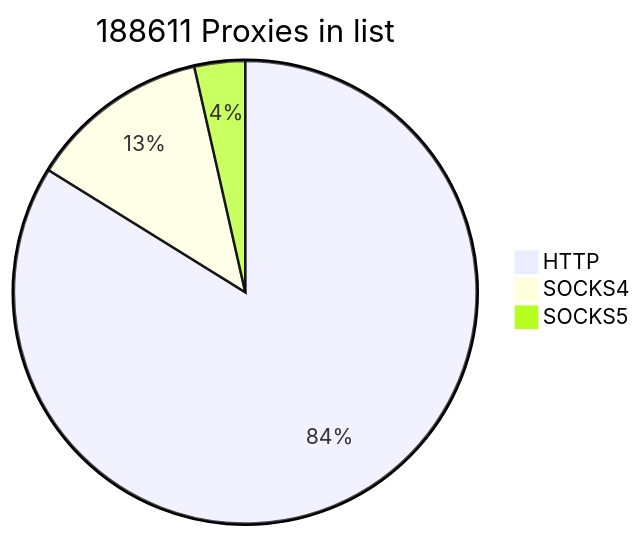
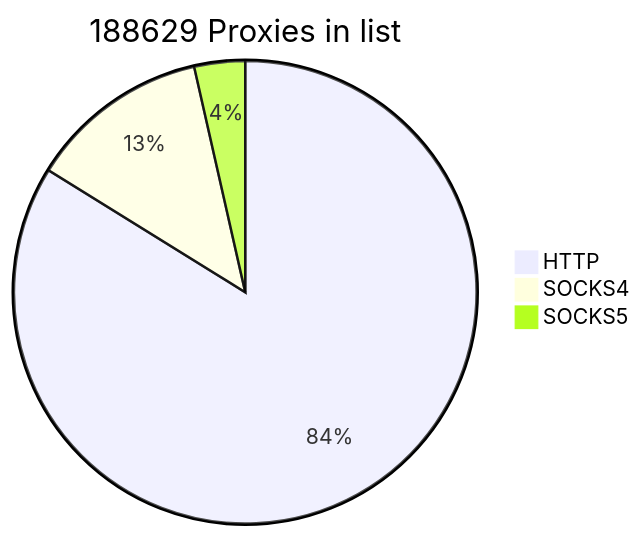
The first of 2 diagrams in README.md (cutipu/proxylist), drawn with Mermaid before and after one commit. The commit also changed other lines of this file, not shown here.

````diff
--- a/README.md
+++ b/README.md
@@ -2,7 +2,7 @@
 ```mermaid
-pie title 188611 Proxies in list
-    "HTTP" : 158132
+pie title 188629 Proxies in list
+    "HTTP" : 158131
     "SOCKS4" : 23805
-    "SOCKS5" : 6674
+    "SOCKS5" : 6693
             
 ```
````
